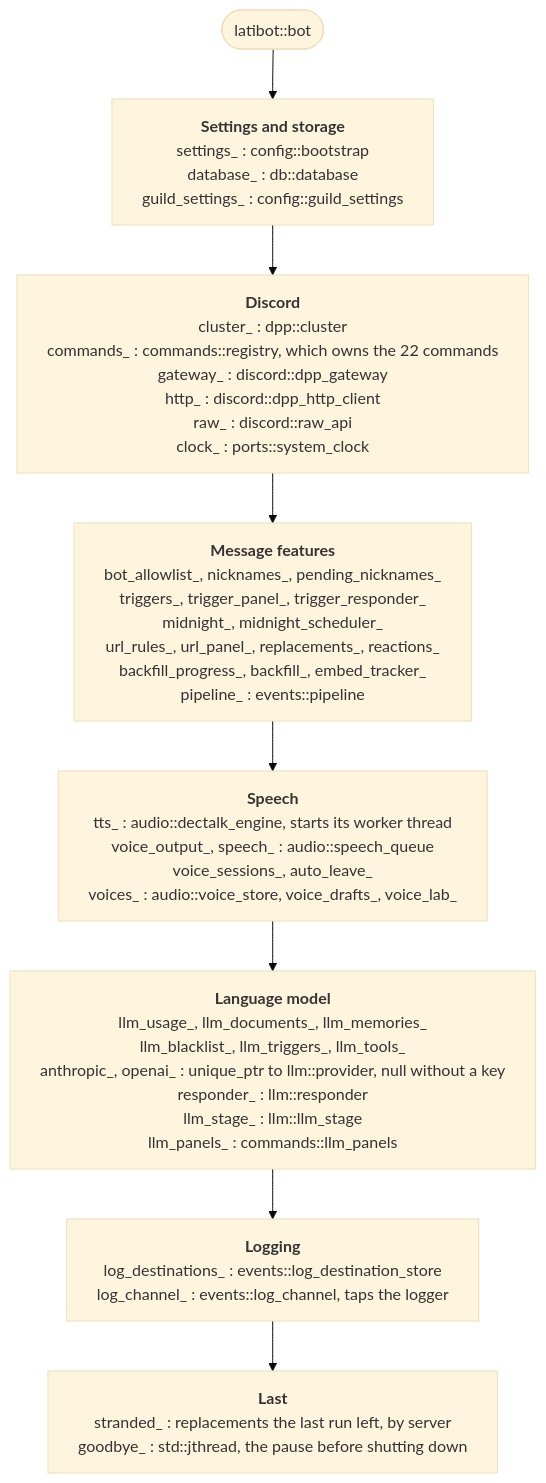
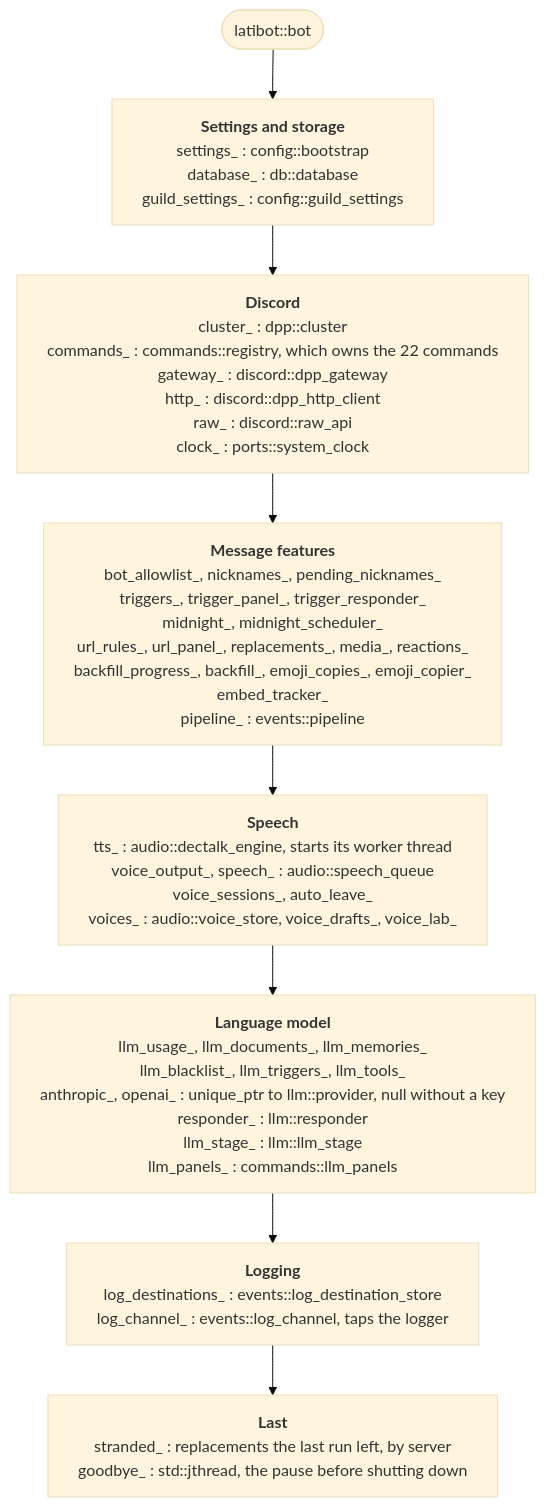
Before and after one commit to mhorn00/LatiBot-cpp: the first of 13 diagrams in docs/architecture/Classes.md, drawn with Mermaid (base theme). The commit also changed other lines of this file and 6 other files, not shown here.

First line of the commit message:
docs(linkstats): image reactions and emoji copies, as built

````diff
--- a/docs/architecture/Classes.md
+++ b/docs/architecture/Classes.md
@@ -42,19 +42,19 @@
 ```mermaid
 ---
 config:
   flowchart:
     wrappingWidth: 600
 ---
 flowchart TB
     bot(["latibot::bot"])
 
     storage["<b>Settings and storage</b><br/>settings_ : config::bootstrap<br/>database_ : db::database<br/>guild_settings_ : config::guild_settings"]
     discord["<b>Discord</b><br/>cluster_ : dpp::cluster<br/>commands_ : commands::registry, which owns the 22 commands<br/>gateway_ : discord::dpp_gateway<br/>http_ : discord::dpp_http_client<br/>raw_ : discord::raw_api<br/>clock_ : ports::system_clock"]
-    message["<b>Message features</b><br/>bot_allowlist_, nicknames_, pending_nicknames_<br/>triggers_, trigger_panel_, trigger_responder_<br/>midnight_, midnight_scheduler_<br/>url_rules_, url_panel_, replacements_, reactions_<br/>backfill_progress_, backfill_, embed_tracker_<br/>pipeline_ : events::pipeline"]
+    message["<b>Message features</b><br/>bot_allowlist_, nicknames_, pending_nicknames_<br/>triggers_, trigger_panel_, trigger_responder_<br/>midnight_, midnight_scheduler_<br/>url_rules_, url_panel_, replacements_, media_, reactions_<br/>backfill_progress_, backfill_, emoji_copies_, emoji_copier_<br/>embed_tracker_<br/>pipeline_ : events::pipeline"]
     speech["<b>Speech</b><br/>tts_ : audio::dectalk_engine, starts its worker thread<br/>voice_output_, speech_ : audio::speech_queue<br/>voice_sessions_, auto_leave_<br/>voices_ : audio::voice_store, voice_drafts_, voice_lab_"]
     llm["<b>Language model</b><br/>llm_usage_, llm_documents_, llm_memories_<br/>llm_blacklist_, llm_triggers_, llm_tools_<br/>anthropic_, openai_ : unique_ptr to llm::provider, null without a key<br/>responder_ : llm::responder<br/>llm_stage_ : llm::llm_stage<br/>llm_panels_ : commands::llm_panels"]
     logging["<b>Logging</b><br/>log_destinations_ : events::log_destination_store<br/>log_channel_ : events::log_channel, taps the logger"]
     rest["<b>Last</b><br/>stranded_ : replacements the last run left, by server<br/>goodbye_ : std::jthread, the pause before shutting down"]
 
     bot --> storage --> discord --> message --> speech --> llm --> logging --> rest
 ```
````
